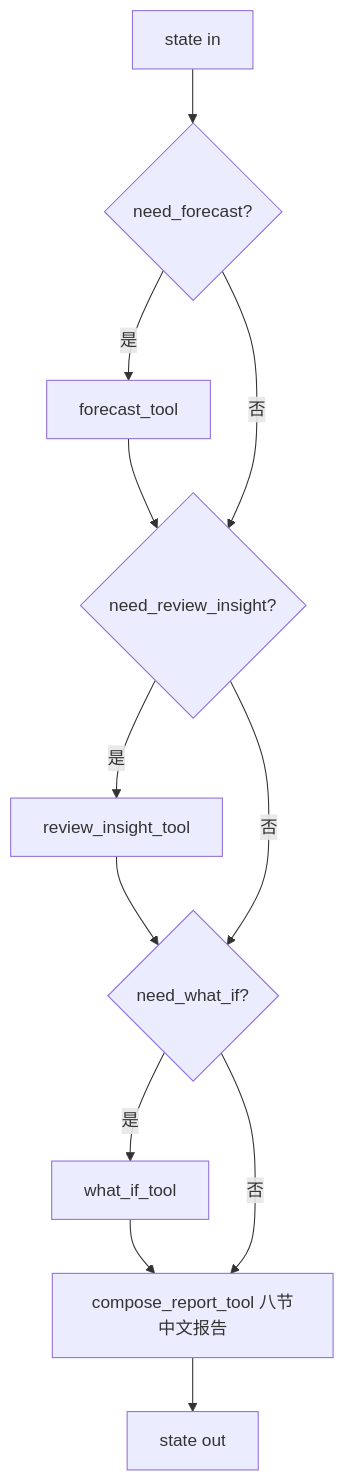
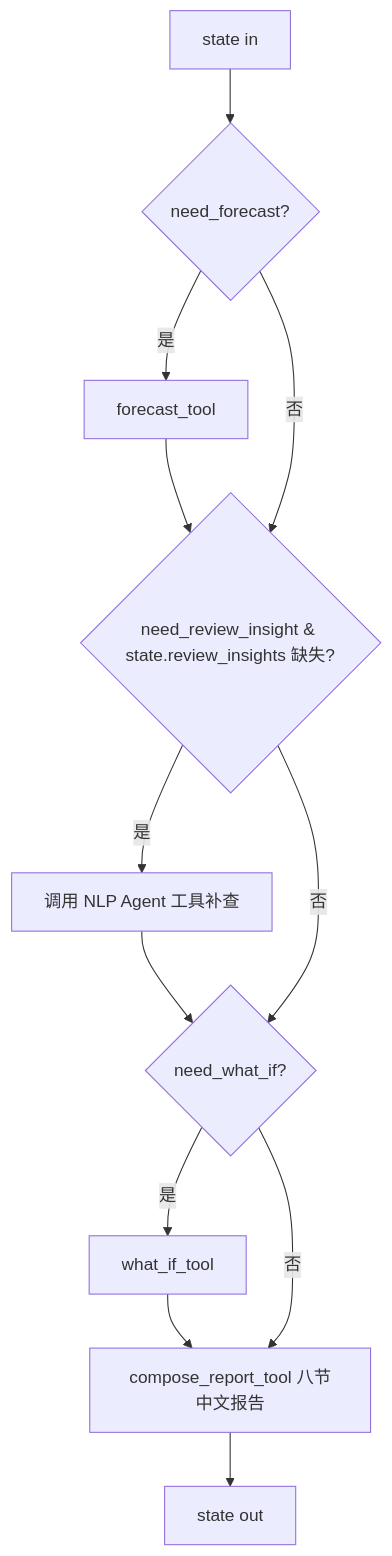
The diagram in agents/decision_agent/readme.md (ycc250303/Agentic-BI-Driven-Multi-Table-E-Commerce-Operations-Analysis-and-Decision-Intelligence-System), drawn with Mermaid before and after one commit. The commit also changed other lines of this file and 24 other files, not shown here.

First line of the commit message:
feat(nlp-agent): 拆分独立 NLP Agent 并对齐 decision_agent 接口

````diff
--- a/agents/decision_agent/readme.md
+++ b/agents/decision_agent/readme.md
@@ -73,13 +74,13 @@
 ```mermaid
 flowchart TD
     A[state in] --> B{need_forecast?}
     B -->|是| Bf[forecast_tool] --> C
     B -->|否| C
-    C{need_review_insight?}
-    C -->|是| Cr[review_insight_tool] --> D
+    C{need_review_insight & state.review_insights 缺失?}
+    C -->|是| Cr[调用 NLP Agent 工具补查] --> D
     C -->|否| D
     D{need_what_if?}
     D -->|是| Dw[what_if_tool] --> E
     D -->|否| E
     E[compose_report_tool 八节中文报告] --> F[state out]
 ```
````
